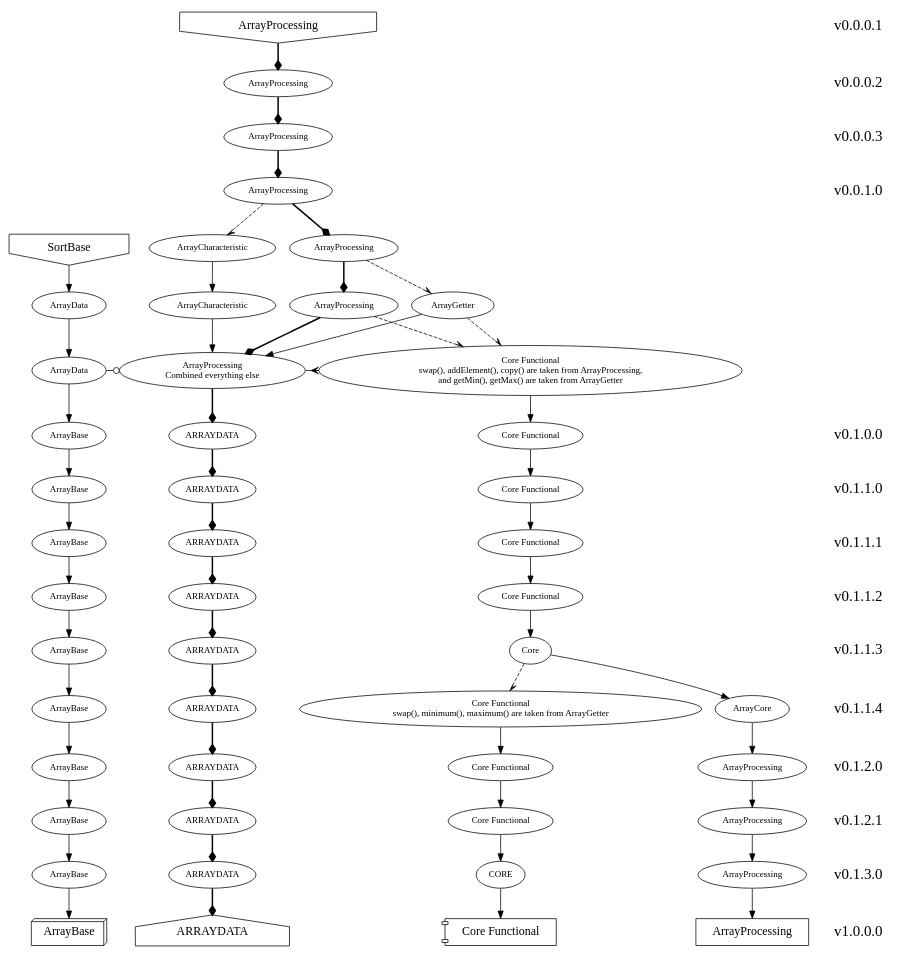
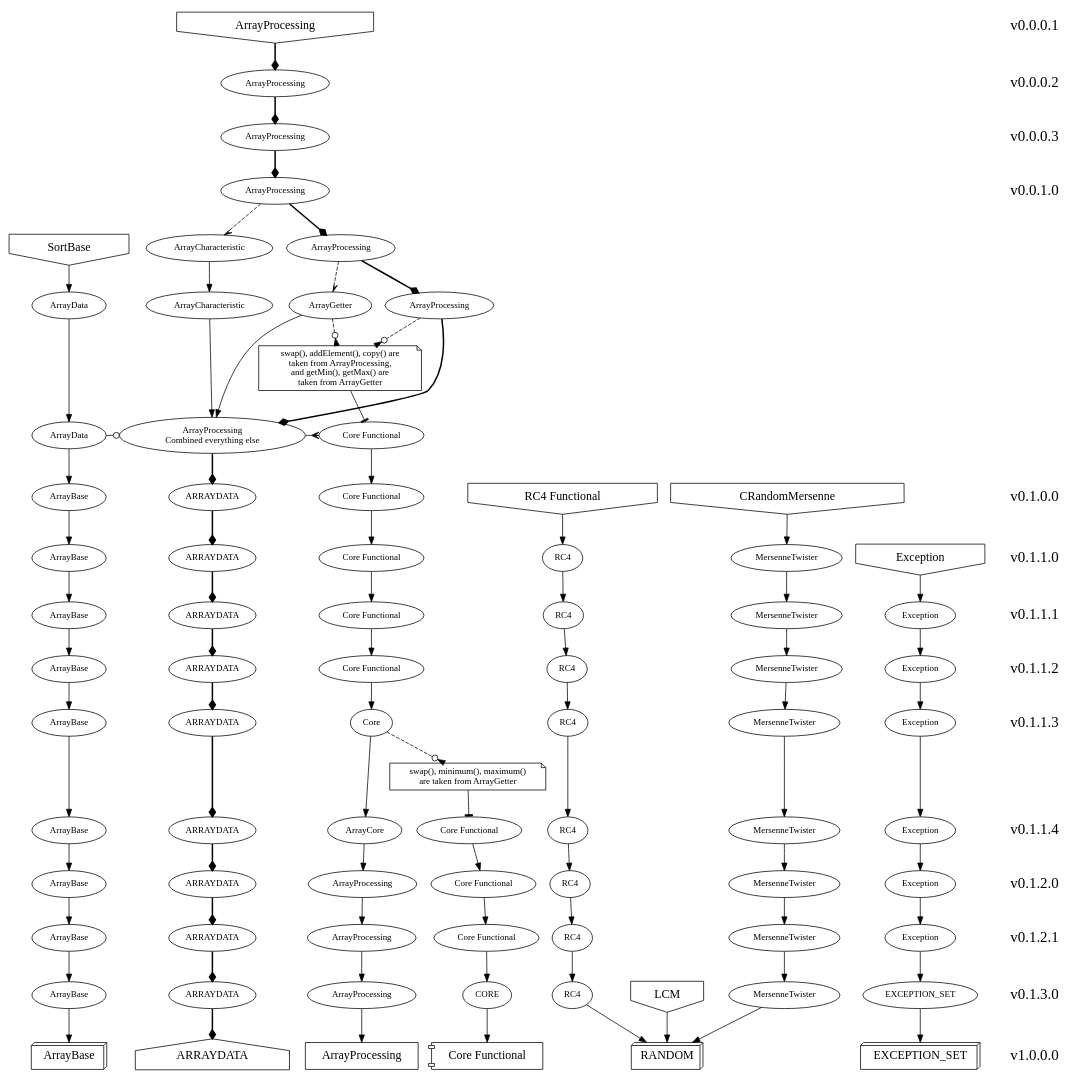
Before and after one commit to Nakama3942/ALGOR: the diagram in img/ArrayProcessingFamilyTree.gv, drawn with Graphviz.

Commit message:
Розширив граф
Розширив граф

```diff
--- a/img/ArrayProcessingFamilyTree.gv
+++ b/img/ArrayProcessingFamilyTree.gv
@@ -44,7 +44,7 @@
 		label = "ArrayData",
 	];
 	"CLASS_0010_3_CoreFunctional" [
-		label = "Core Functional \n swap(), addElement(), copy() are taken from ArrayProcessing, \n and getMin(), getMax() are taken from ArrayGetter",
+		label = "Core Functional",
 	];
 	"CLASS_0010_3_ArrayProcessing" [
 		label = "ArrayProcessing \n Combined everything else",
@@ -61,6 +61,16 @@
 	"CLASS_0100_ArrayBase" [
 		label = "ArrayBase",
 	];
+	"CLASS_0100_RC4Functional" [
+		shape = "invhouse",
+		fontsize = "16",
+		label = "RC4 Functional",
+	];
+	"CLASS_0100_CRandomMersenne" [
+		shape = "invhouse",
+		fontsize = "16",
+		label = "CRandomMersenne",
+	];
 	"CLASS_0110_CoreFunctional" [
 		label = "Core Functional",
 	];
@@ -69,6 +79,17 @@
 	];
 	"CLASS_0110_ArrayBase" [
 		label = "ArrayBase",
+	];
+	"CLASS_0110_Exception" [
+		shape = "invhouse",
+		fontsize = "16",
+		label = "Exception",
+	];
+	"CLASS_0110_RC4" [
+		label = "RC4",
+	];
+	"CLASS_0110_MersenneTwister" [
+		label = "MersenneTwister",
 	];
 	"CLASS_0111_CoreFunctional" [
 		label = "Core Functional",
@@ -79,6 +100,15 @@
 	"CLASS_0111_ArrayBase" [
 		label = "ArrayBase",
 	];
+	"CLASS_0111_Exception" [
+		label = "Exception",
+	];
+	"CLASS_0111_RC4" [
+		label = "RC4",
+	];
+	"CLASS_0111_MersenneTwister" [
+		label = "MersenneTwister",
+	];
 	"CLASS_0112_CoreFunctional" [
 		label = "Core Functional",
 	];
@@ -87,6 +117,15 @@
 	];
 	"CLASS_0112_ArrayBase" [
 		label = "ArrayBase",
+	];
+	"CLASS_0112_Exception" [
+		label = "Exception",
+	];
+	"CLASS_0112_RC4" [
+		label = "RC4",
+	];
+	"CLASS_0112_MersenneTwister" [
+		label = "MersenneTwister",
 	];
 	"CLASS_0113_Core" [
 		label = "Core",
@@ -97,8 +136,17 @@
 	"CLASS_0113_ArrayBase" [
 		label = "ArrayBase",
 	];
+	"CLASS_0113_Exception" [
+		label = "Exception",
+	];
+	"CLASS_0113_RC4" [
+		label = "RC4",
+	];
+	"CLASS_0113_MersenneTwister" [
+		label = "MersenneTwister",
+	];
 	"CLASS_0114_CoreFunctional" [
-		label = "Core Functional \n swap(), minimum(), maximum() are taken from ArrayGetter",
+		label = "Core Functional",
 	];
 	"CLASS_0114_ArrayCore" [
 		label = "ArrayCore",
@@ -108,6 +156,15 @@
 	];
 	"CLASS_0114_ArrayBase" [
 		label = "ArrayBase",
+	];
+	"CLASS_0114_Exception" [
+		label = "Exception",
+	];
+	"CLASS_0114_RC4" [
+		label = "RC4",
+	];
+	"CLASS_0114_MersenneTwister" [
+		label = "MersenneTwister",
 	];
 	"CLASS_0120_CoreFunctional" [
 		label = "Core Functional",
@@ -121,6 +178,15 @@
 	"CLASS_0120_ArrayBase" [
 		label = "ArrayBase",
 	];
+	"CLASS_0120_Exception" [
+		label = "Exception",
+	];
+	"CLASS_0120_RC4" [
+		label = "RC4",
+	];
+	"CLASS_0120_MersenneTwister" [
+		label = "MersenneTwister",
+	];
 	"CLASS_0121_CoreFunctional" [
 		label = "Core Functional",
 	];
@@ -133,6 +199,15 @@
 	"CLASS_0121_ArrayBase" [
 		label = "ArrayBase",
 	];
+	"CLASS_0121_Exception" [
+		label = "Exception",
+	];
+	"CLASS_0121_RC4" [
+		label = "RC4",
+	];
+	"CLASS_0121_MersenneTwister" [
+		label = "MersenneTwister",
+	];
 	"CLASS_0130_CORE" [
 		label = "CORE",
 	];
@@ -144,6 +219,20 @@
 	];
 	"CLASS_0130_ArrayBase" [
 		label = "ArrayBase",
+	];
+	"CLASS_0130_EXCEPTION_SET" [
+		label = "EXCEPTION_SET",
+	];
+	"CLASS_0130_LCM" [
+		shape = "invhouse",
+		fontsize = "16",
+		label = "LCM",
+	];
+	"CLASS_0130_RC4" [
+		label = "RC4",
+	];
+	"CLASS_0130_MersenneTwister" [
+		label = "MersenneTwister",
 	];
 	"CLASS_1000_CoreFunctional" [
 		shape = "component",
@@ -164,6 +253,24 @@
 		shape = "box3d",
 		fontsize = "16",
 		label = "ArrayBase",
+	];
+	"CLASS_1000_EXCEPTION_SET" [
+		shape = "box3d",
+		fontsize = "16",
+		label = "EXCEPTION_SET",
+	];
+	"CLASS_1000_RANDOM" [
+		shape = "box3d",
+		fontsize = "16",
+		label = "RANDOM",
+	];
+	"CLASS_0010_3_CoreFunctional_NOTE" [
+		shape = "note",
+		label = "swap(), addElement(), copy() are \n taken from ArrayProcessing, \n and getMin(), getMax() are \n taken from ArrayGetter",
+	];
+	"CLASS_0114_CoreFunctional_NOTE" [
+		shape = "note",
+		label = "swap(), minimum(), maximum() \n are taken from ArrayGetter",
 	];
 	subgraph {
 		edge [
@@ -210,6 +317,10 @@
 	}
 	subgraph {
 		rank = "same";
+		"CLASS_0010_3_CoreFunctional_NOTE";
+	}
+	subgraph {
+		rank = "same";
 		"CLASS_0010_3_CoreFunctional";
 		"CLASS_0010_3_ArrayProcessing";
 		"CLASS_0010_3_ArrayData";
@@ -220,6 +331,8 @@
 		"CLASS_0100_CoreFunctional";
 		"CLASS_0100_ARRAYDATA";
 		"CLASS_0100_ArrayBase";
+		"CLASS_0100_RC4Functional";
+		"CLASS_0100_CRandomMersenne";
 	}
 	subgraph {
 		rank = "same";
@@ -227,6 +340,9 @@
 		"CLASS_0110_CoreFunctional";
 		"CLASS_0110_ARRAYDATA";
 		"CLASS_0110_ArrayBase";
+		"CLASS_0110_Exception";
+		"CLASS_0110_RC4";
+		"CLASS_0110_MersenneTwister";
 	}
 	subgraph {
 		rank = "same";
@@ -234,6 +350,9 @@
 		"CLASS_0111_CoreFunctional";
 		"CLASS_0111_ARRAYDATA";
 		"CLASS_0111_ArrayBase";
+		"CLASS_0111_Exception";
+		"CLASS_0111_RC4";
+		"CLASS_0111_MersenneTwister";
 	}
 	subgraph {
 		rank = "same";
@@ -241,6 +360,9 @@
 		"CLASS_0112_CoreFunctional";
 		"CLASS_0112_ARRAYDATA";
 		"CLASS_0112_ArrayBase";
+		"CLASS_0112_Exception";
+		"CLASS_0112_RC4";
+		"CLASS_0112_MersenneTwister";
 	}
 	subgraph {
 		rank = "same";
@@ -248,6 +370,13 @@
 		"CLASS_0113_Core";
 		"CLASS_0113_ARRAYDATA";
 		"CLASS_0113_ArrayBase";
+		"CLASS_0113_Exception";
+		"CLASS_0113_RC4";
+		"CLASS_0113_MersenneTwister";
+	}
+	subgraph {
+		rank = "same";
+		"CLASS_0114_CoreFunctional_NOTE";
 	}
 	subgraph {
 		rank = "same";
@@ -256,6 +385,9 @@
 		"CLASS_0114_ArrayCore";
 		"CLASS_0114_ARRAYDATA";
 		"CLASS_0114_ArrayBase";
+		"CLASS_0114_Exception";
+		"CLASS_0114_RC4";
+		"CLASS_0114_MersenneTwister";
 	}
 	subgraph {
 		rank = "same";
@@ -264,6 +396,9 @@
 		"CLASS_0120_ArrayProcessing";
 		"CLASS_0120_ARRAYDATA";
 		"CLASS_0120_ArrayBase";
+		"CLASS_0120_Exception";
+		"CLASS_0120_RC4";
+		"CLASS_0120_MersenneTwister";
 	}
 	subgraph {
 		rank = "same";
@@ -272,6 +407,9 @@
 		"CLASS_0121_ArrayProcessing";
 		"CLASS_0121_ARRAYDATA";
 		"CLASS_0121_ArrayBase";
+		"CLASS_0121_Exception";
+		"CLASS_0121_RC4";
+		"CLASS_0121_MersenneTwister";
 	}
 	subgraph {
 		rank = "same";
@@ -280,6 +418,10 @@
 		"CLASS_0130_ArrayProcessing";
 		"CLASS_0130_ARRAYDATA";
 		"CLASS_0130_ArrayBase";
+		"CLASS_0130_EXCEPTION_SET";
+		"CLASS_0130_LCM";
+		"CLASS_0130_RC4";
+		"CLASS_0130_MersenneTwister";
 	}
 	subgraph {
 		rank = "same";
@@ -288,6 +430,8 @@
 		"CLASS_1000_ArrayProcessing";
 		"CLASS_1000_ARRAYDATA";
 		"CLASS_1000_ArrayBase";
+		"CLASS_1000_EXCEPTION_SET";
+		"CLASS_1000_RANDOM";
 	}
 	"CLASS_0001_ArrayProcessing" -> "CLASS_0002_ArrayProcessing" -> "CLASS_0003_ArrayProcessing" -> "CLASS_0010_ArrayProcessing" -> "CLASS_0010_1_ArrayProcessing" -> "CLASS_0010_2_ArrayProcessing" -> "CLASS_0010_3_ArrayProcessing" -> "CLASS_0100_ARRAYDATA" -> "CLASS_0110_ARRAYDATA" -> "CLASS_0111_ARRAYDATA" -> "CLASS_0112_ARRAYDATA" -> "CLASS_0113_ARRAYDATA" -> "CLASS_0114_ARRAYDATA" -> "CLASS_0120_ARRAYDATA" -> "CLASS_0121_ARRAYDATA" -> "CLASS_0130_ARRAYDATA" -> "CLASS_1000_ARRAYDATA" [
 		arrowhead = "diamond",
@@ -303,25 +447,35 @@
 		style = "dashed",
 	];
 	"CLASS_0010_2_ArrayGetter" -> "CLASS_0010_3_ArrayProcessing";
-	"CLASS_0010_2_ArrayProcessing" -> "CLASS_0010_3_CoreFunctional" [
-		arrowhead = "halfopen",
-		style = "dashed",
-	];
-	"CLASS_0010_2_ArrayGetter" -> "CLASS_0010_3_CoreFunctional" [
-		arrowhead = "halfopen",
-		style = "dashed",
-	];
 	"CLASS_0010_3_ArrayProcessing" -> "CLASS_0010_3_CoreFunctional" [
 		arrowhead = "crow",
 	];
-	"CLASS_0010_3_CoreFunctional" -> "CLASS_0100_CoreFunctional" -> "CLASS_0110_CoreFunctional" -> "CLASS_0111_CoreFunctional" -> "CLASS_0112_CoreFunctional" -> "CLASS_0113_Core" -> "CLASS_0114_ArrayCore" -> "CLASS_0120_ArrayProcessing" -> "CLASS_0121_ArrayProcessing" -> "CLASS_0130_ArrayProcessing" -> "CLASS_1000_ArrayProcessing";
-	"CLASS_0113_Core" -> "CLASS_0114_CoreFunctional" [
-		arrowhead = "halfopen",
+	"CLASS_0010_3_CoreFunctional_NOTE" -> "CLASS_0010_3_CoreFunctional" [
+		arrowhead = "tee",
+	];
+	"CLASS_0010_2_ArrayProcessing" -> "CLASS_0010_3_CoreFunctional_NOTE" [
+		arrowhead = "invodot",
 		style = "dashed",
 	];
+	"CLASS_0010_2_ArrayGetter" -> "CLASS_0010_3_CoreFunctional_NOTE" [
+		arrowhead = "invodot",
+		style = "dashed",
+	];
+	"CLASS_0010_3_CoreFunctional" -> "CLASS_0100_CoreFunctional" -> "CLASS_0110_CoreFunctional" -> "CLASS_0111_CoreFunctional" -> "CLASS_0112_CoreFunctional" -> "CLASS_0113_Core" -> "CLASS_0114_ArrayCore" -> "CLASS_0120_ArrayProcessing" -> "CLASS_0121_ArrayProcessing" -> "CLASS_0130_ArrayProcessing" -> "CLASS_1000_ArrayProcessing";
+	"CLASS_0114_CoreFunctional_NOTE" -> "CLASS_0114_CoreFunctional" [
+		arrowhead = "tee",
+	]
+	"CLASS_0113_Core" -> "CLASS_0114_CoreFunctional_NOTE" [
+		arrowhead = "invodot",
+		style = "dashed",
+	]
 	"CLASS_0114_CoreFunctional" -> "CLASS_0120_CoreFunctional" -> "CLASS_0121_CoreFunctional" -> "CLASS_0130_CORE" -> "CLASS_1000_CoreFunctional";
 	"CLASS_0010_1_SortBase" -> "CLASS_0010_2_ArrayData" -> "CLASS_0010_3_ArrayData" -> "CLASS_0100_ArrayBase" -> "CLASS_0110_ArrayBase" -> "CLASS_0111_ArrayBase" -> "CLASS_0112_ArrayBase" -> "CLASS_0113_ArrayBase" -> "CLASS_0114_ArrayBase" -> "CLASS_0120_ArrayBase" -> "CLASS_0121_ArrayBase" -> "CLASS_0130_ArrayBase" -> "CLASS_1000_ArrayBase";
 	"CLASS_0010_3_ArrayData" -> "CLASS_0010_3_ArrayProcessing" [
 		arrowhead = "odot",
 	];
+	"CLASS_0110_Exception" -> "CLASS_0111_Exception" -> "CLASS_0112_Exception" -> "CLASS_0113_Exception" -> "CLASS_0114_Exception" -> "CLASS_0120_Exception" -> "CLASS_0121_Exception" -> "CLASS_0130_EXCEPTION_SET" -> "CLASS_1000_EXCEPTION_SET";
+	"CLASS_0100_RC4Functional" -> "CLASS_0110_RC4" -> "CLASS_0111_RC4" -> "CLASS_0112_RC4" -> "CLASS_0113_RC4" -> "CLASS_0114_RC4" -> "CLASS_0120_RC4" -> "CLASS_0121_RC4" -> "CLASS_0130_RC4" -> "CLASS_1000_RANDOM";
+	"CLASS_0100_CRandomMersenne" -> "CLASS_0110_MersenneTwister" -> "CLASS_0111_MersenneTwister" -> "CLASS_0112_MersenneTwister" -> "CLASS_0113_MersenneTwister" -> "CLASS_0114_MersenneTwister" -> "CLASS_0120_MersenneTwister" -> "CLASS_0121_MersenneTwister" -> "CLASS_0130_MersenneTwister" -> "CLASS_1000_RANDOM";
+	"CLASS_0130_LCM" -> "CLASS_1000_RANDOM";
 }
```
